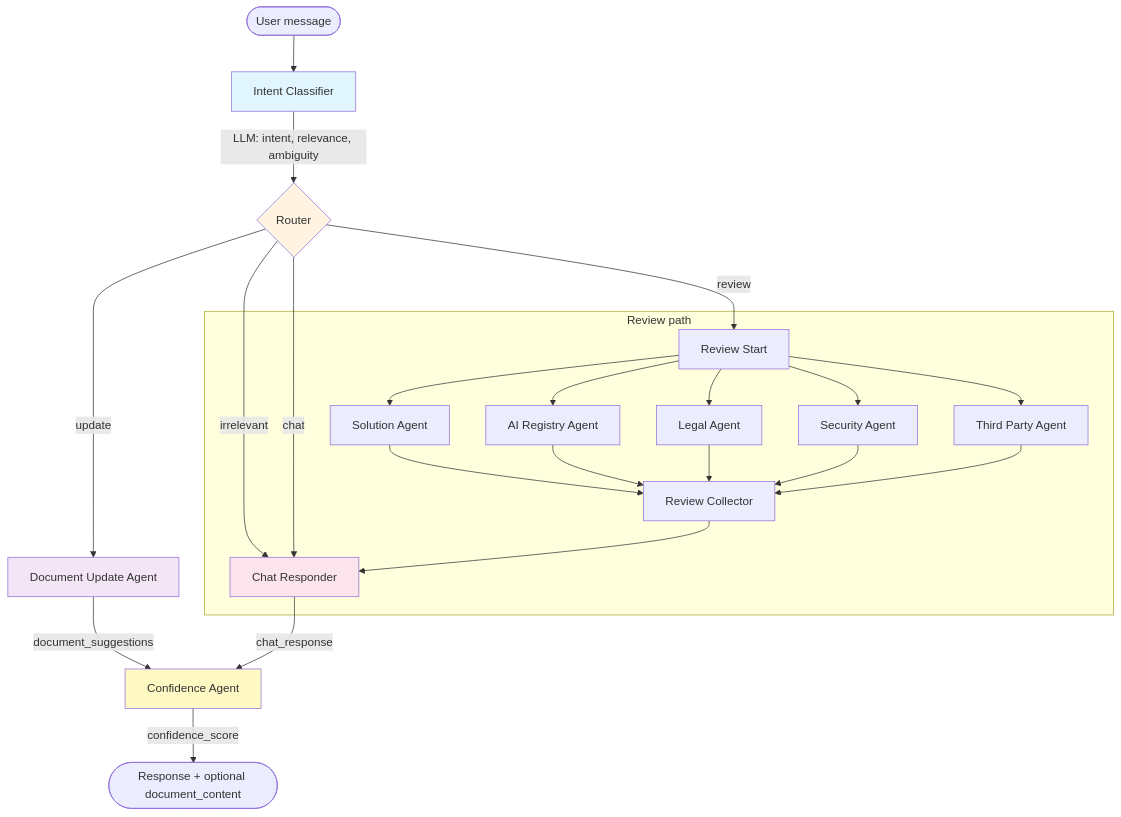
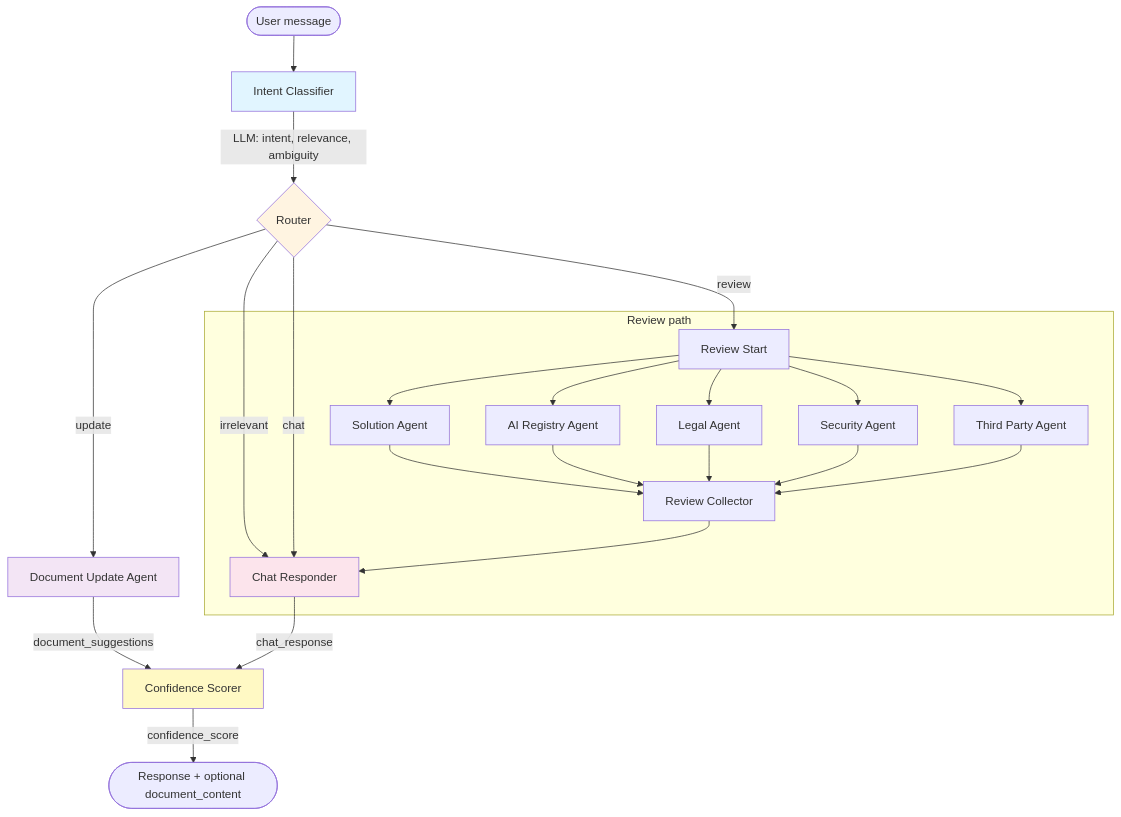
One commit to Harsha-Reddy21/multi-agent-idea-generator changed the first of 6 diagrams in mermaid.md. Above: the diagram before and after it, drawn with Mermaid. The commit also changed other lines of this file, not shown here.

Commit message:
Multi agent

````diff
--- a/mermaid.md
+++ b/mermaid.md
@@ -20,34 +20,34 @@
 ```mermaid
 graph TB
     START([User message]) --> INTENT[Intent Classifier]
     INTENT -->|LLM: intent, relevance, ambiguity| ROUTE{Router}
     
     ROUTE -->|irrelevant| RESPOND[Chat Responder]
     ROUTE -->|chat| RESPOND
     ROUTE -->|update| ENHANCE[Document Update Agent]
     ROUTE -->|review| REVIEW_START[Review Start]
     
     subgraph review["Review path"]
         REVIEW_START --> SOL[Solution Agent]
         REVIEW_START --> AI[AI Registry Agent]
         REVIEW_START --> LEGAL[Legal Agent]
         REVIEW_START --> SEC[Security Agent]
         REVIEW_START --> TP[Third Party Agent]
         SOL --> COLLECTOR[Review Collector]
         AI --> COLLECTOR
         LEGAL --> COLLECTOR
         SEC --> COLLECTOR
         TP --> COLLECTOR
         COLLECTOR --> RESPOND
     end
     
-    ENHANCE -->|document_suggestions| CONF[Confidence Agent]
-    RESPOND -->|chat_response| CONF
-    CONF -->|confidence_score| END([Response + optional document_content])
+    ENHANCE -->|document_suggestions| CONF_SCORE[Confidence Scorer]
+    RESPOND -->|chat_response| CONF_SCORE
+    CONF_SCORE -->|confidence_score| END([Response + optional document_content])
     
     style INTENT fill:#e1f5ff
     style ROUTE fill:#fff4e1
     style ENHANCE fill:#f3e5f5
     style RESPOND fill:#fce4ec
-    style CONF fill:#fff9c4
+    style CONF_SCORE fill:#fff9c4
 ```
````
